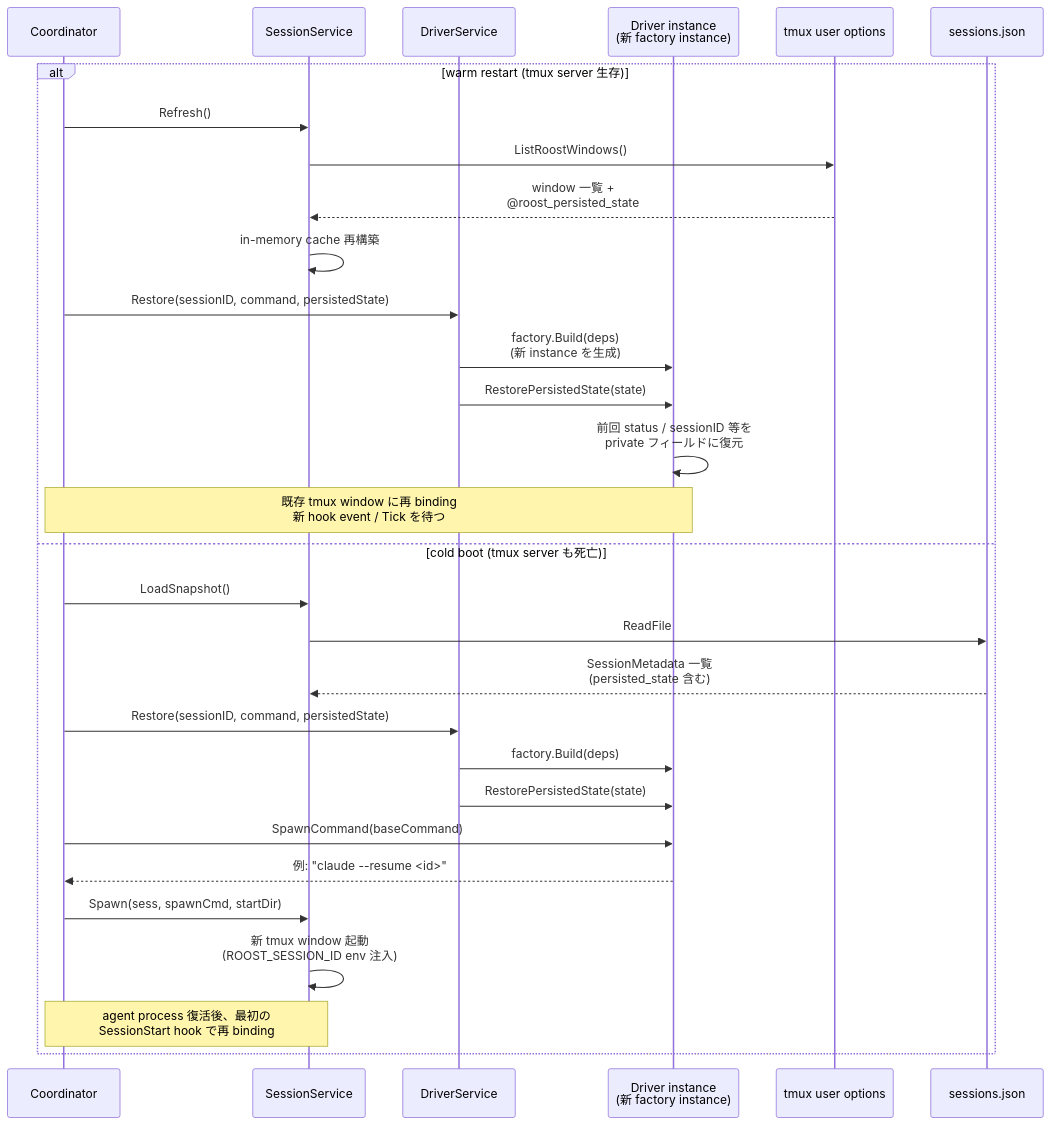
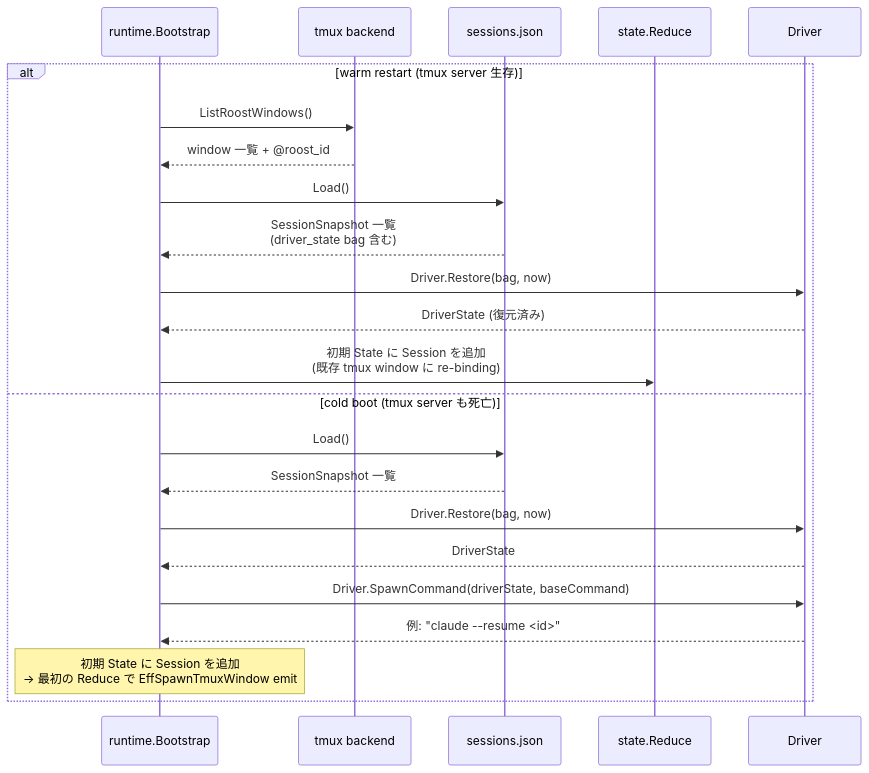
Before and after one commit to takezoh/agent-roost: diagram 12 of 12 in ARCHITECTURE.md, drawn with Mermaid. The commit also changed other lines of this file, not shown here.

First line of the commit message:
Rewrite ARCHITECTURE.md for FCIS architecture

````diff
--- a/ARCHITECTURE.md
+++ b/ARCHITECTURE.md
@@ -959,33 +923,26 @@
 ```mermaid
 sequenceDiagram
-    participant Coord as Coordinator
-    participant SS as SessionService
-    participant DS as DriverService
-    participant D as Driver instance<br/>(新 factory instance)
-    participant TmuxOpt as tmux user options
+    participant Boot as runtime.Bootstrap
+    participant Tmux as tmux backend
     participant JSON as sessions.json
+    participant Red as state.Reduce
+    participant Drv as Driver
 
     alt warm restart (tmux server 生存)
-        Coord->>SS: Refresh()
-        SS->>TmuxOpt: ListRoostWindows()
-        TmuxOpt-->>SS: window 一覧 +<br/>@roost_persisted_state
-        SS->>SS: in-memory cache 再構築
-        Coord->>DS: Restore(sessionID, command, persistedState)
-        DS->>D: factory.Build(deps)<br/>(新 instance を生成)
-        DS->>D: RestorePersistedState(state)
-        D->>D: 前回 status / sessionID 等を<br/>private フィールドに復元
-        Note over Coord,D: 既存 tmux window に再 binding<br/>新 hook event / Tick を待つ
+        Boot->>Tmux: ListRoostWindows()
+        Tmux-->>Boot: window 一覧 + @roost_id
+        Boot->>JSON: Load()
+        JSON-->>Boot: SessionSnapshot 一覧<br/>(driver_state bag 含む)
+        Boot->>Drv: Driver.Restore(bag, now)
+        Drv-->>Boot: DriverState (復元済み)
+        Boot->>Red: 初期 State に Session を追加<br/>(既存 tmux window に re-binding)
     else cold boot (tmux server も死亡)
-        Coord->>SS: LoadSnapshot()
-        SS->>JSON: ReadFile
-        JSON-->>SS: SessionMetadata 一覧<br/>(persisted_state 含む)
-        Coord->>DS: Restore(sessionID, command, persistedState)
-        DS->>D: factory.Build(deps)
-        DS->>D: RestorePersistedState(state)
-        Coord->>D: SpawnCommand(baseCommand)
-        D-->>Coord: 例: "claude --resume <id>"
-        Coord->>SS: Spawn(sess, spawnCmd, startDir)
-        SS->>SS: 新 tmux window 起動<br/>(ROOST_SESSION_ID env 注入)
-        Note over Coord,SS: agent process 復活後、最初の<br/>SessionStart hook で再 binding
+        Boot->>JSON: Load()
+        JSON-->>Boot: SessionSnapshot 一覧
+        Boot->>Drv: Driver.Restore(bag, now)
+        Drv-->>Boot: DriverState
+        Boot->>Drv: Driver.SpawnCommand(driverState, baseCommand)
+        Drv-->>Boot: 例: "claude --resume <id>"
+        Note over Boot: 初期 State に Session を追加<br/>→ 最初の Reduce で EffSpawnTmuxWindow emit
     end
 ```
````
